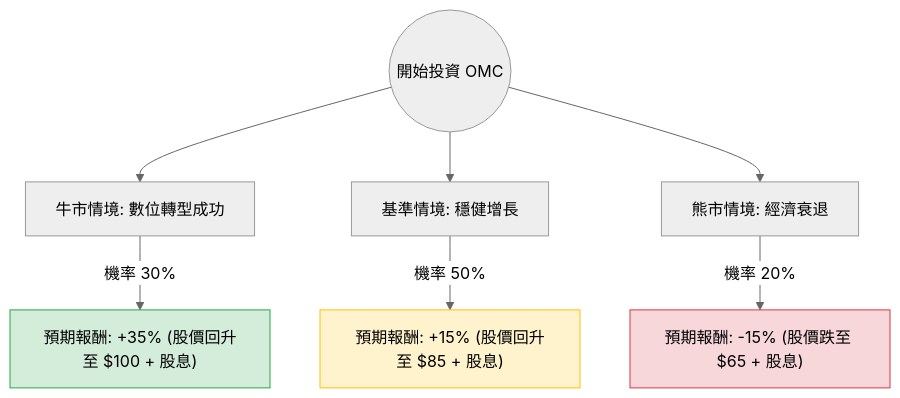
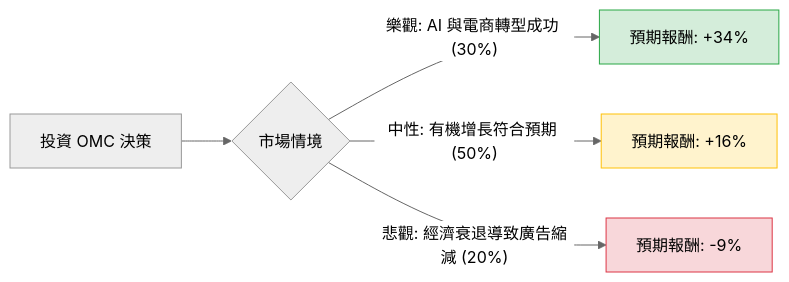
Before and after one commit to zmcx16/zmcx16.github.io: the diagram in plugin-react/ai-analysis/ev-analysis/OMC.md, drawn with Mermaid (neutral theme). The commit also changed other lines of this file and 81 other files, not shown here.

````diff
--- a/plugin-react/ai-analysis/ev-analysis/OMC.md
+++ b/plugin-react/ai-analysis/ev-analysis/OMC.md
@@ -21,14 +19,12 @@
 ```mermaid
-graph TD
-    Start((開始投資 OMC)) --> Bull[牛市情境: 數位轉型成功]
-    Start --> Base[基準情境: 穩健增長]
-    Start --> Bear[熊市情境: 經濟衰退]
+graph LR
+    A[投資 OMC 決策] --> B{市場情境}
+    
+    B -- 樂觀: AI 與電商轉型成功 (30%) --> C[預期報酬: +34%]
+    B -- 中性: 有機增長符合預期 (50%) --> D[預期報酬: +16%]
+    B -- 悲觀: 經濟衰退導致廣告縮減 (20%) --> E[預期報酬: -9%]
 
-    Bull -- "機率 30%" --> BullResult["預期報酬: +35% (股價回升至 $100 + 股息)"]
-    Base -- "機率 50%" --> BaseResult["預期報酬: +15% (股價回升至 $85 + 股息)"]
-    Bear -- "機率 20%" --> BearResult["預期報酬: -15% (股價跌至 $65 + 股息)"]
-
-    style BullResult fill:#d4edda,stroke:#28a745
-    style BaseResult fill:#fff3cd,stroke:#ffc107
-    style BearResult fill:#f8d7da,stroke:#dc3545
+    style C fill:#d4edda,stroke:#28a745
+    style D fill:#fff3cd,stroke:#ffc107
+    style E fill:#f8d7da,stroke:#dc3545
 ```
````
